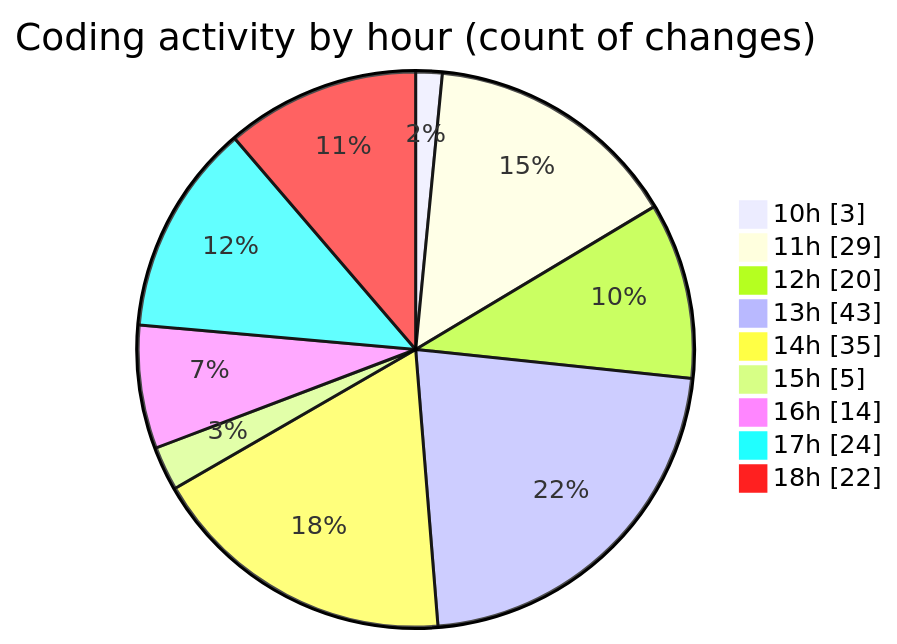
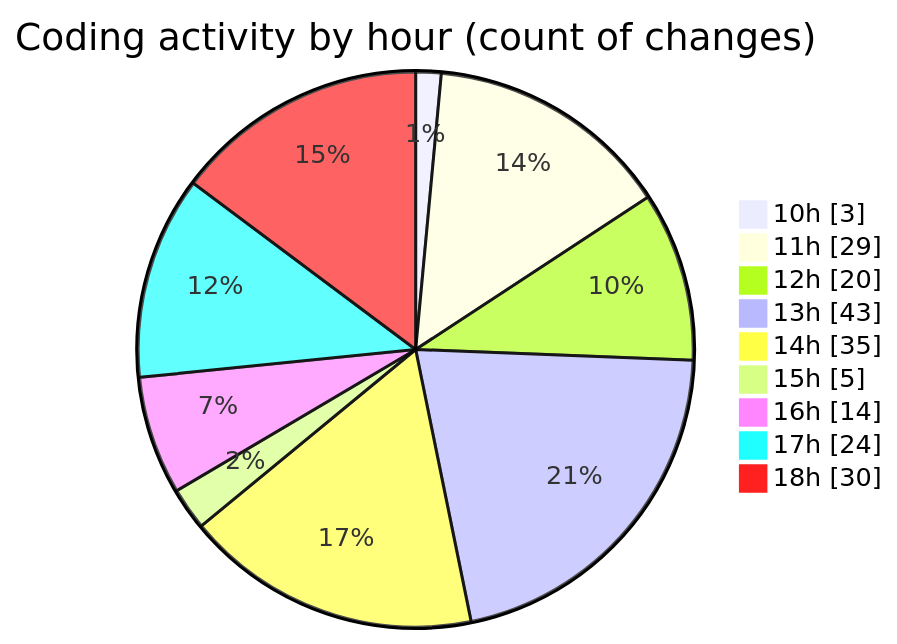
Before and after one commit to EIIisD/code-tracking: the second of 2 diagrams in 2025-08-14/ribbon/README.md, drawn with Mermaid. The commit also changed other lines of this file and 1 other file, not shown here.

````diff
--- a/2025-08-14/ribbon/README.md
+++ b/2025-08-14/ribbon/README.md
@@ -44,13 +44,13 @@
 ```mermaid
 pie showData
 title Coding activity by hour (count of changes)
 "10h" : 3
 "11h" : 29
 "12h" : 20
 "13h" : 43
 "14h" : 35
 "15h" : 5
 "16h" : 14
 "17h" : 24
-"18h" : 22
+"18h" : 30
 ```
````
